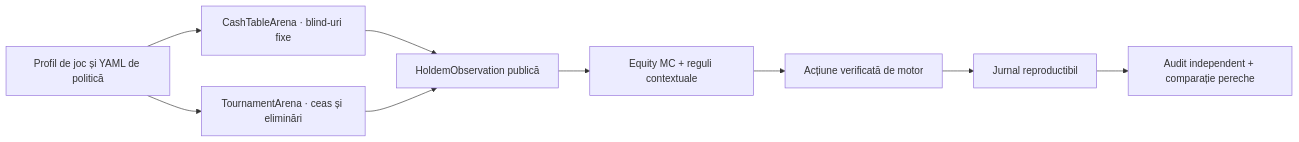
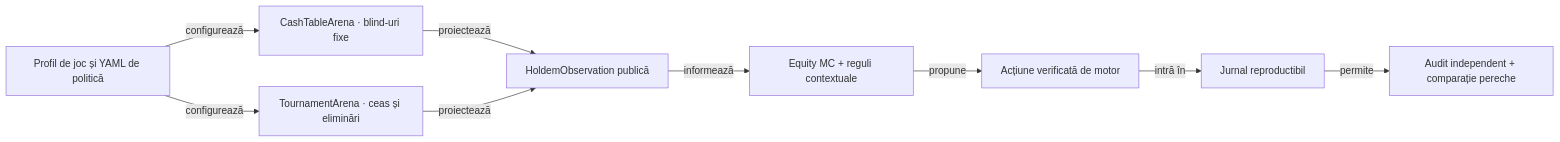
Before and after one commit to crististefanita/atf_j6: the third of 3 diagrams in docs/architecture/ARCHITECTURE.md, drawn with Mermaid. The commit also changed other lines of this file and 108 other files, not shown here.

````diff
--- a/docs/architecture/ARCHITECTURE.md
+++ b/docs/architecture/ARCHITECTURE.md
@@ -85,11 +91,11 @@
 ```mermaid
 flowchart LR
-    YAML[Profil de joc și YAML de politică] --> CASH[CashTableArena · blind-uri fixe]
-    YAML --> MTT[TournamentArena · ceas și eliminări]
-    CASH --> OBS[HoldemObservation publică]
-    MTT --> OBS
-    OBS --> AI[Equity MC + reguli contextuale]
-    AI --> ACT[Acțiune verificată de motor]
-    ACT --> TRACE[Jurnal reproductibil]
-    TRACE --> AUDIT[Audit independent + comparație pereche]
+    YAML[Profil de joc și YAML de politică] -->|configurează| CASH[CashTableArena · blind-uri fixe]
+    YAML -->|configurează| MTT[TournamentArena · ceas și eliminări]
+    CASH -->|proiectează| OBS[HoldemObservation publică]
+    MTT -->|proiectează| OBS
+    OBS -->|informează| AI[Equity MC + reguli contextuale]
+    AI -->|propune| ACT[Acțiune verificată de motor]
+    ACT -->|intră în| TRACE[Jurnal reproductibil]
+    TRACE -->|permite| AUDIT[Audit independent + comparație pereche]
 ```
````
